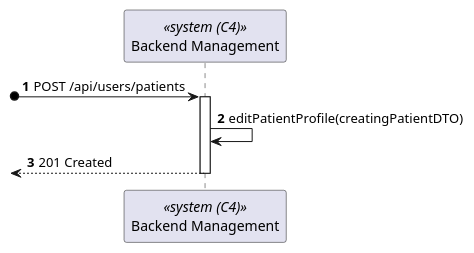
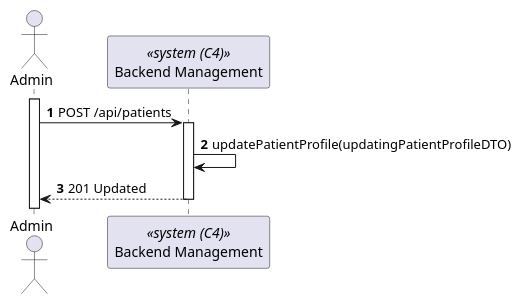
One commit to Lapr5G21/sem5pi-24-25-3ddg21 changed the diagram in docs/PatientProfileUpdate/views/level2/process-view.puml. Above: the diagram before and after it, drawn with PlantUML. The commit also changed 16 other files, not shown here.

Commit message:
Documentation Patient Profile Editing #10

```diff
--- a/docs/PatientProfileUpdate/views/level2/process-view.puml
+++ b/docs/PatientProfileUpdate/views/level2/process-view.puml
@@ -1,14 +1,16 @@
 @startuml Patient Profile Update (level 2)
 
 autonumber
+actor Admin as "Admin"
 participant SYS as "Backend Management" <<system (C4)>>
 
-?o-> SYS : POST /api/users/patients
+activate Admin
+Admin -> SYS : POST /api/patients
 activate SYS
 
-SYS -> SYS : editPatientProfile(creatingPatientDTO)
-<-- SYS : 201 Created
+SYS -> SYS : updatePatientProfile(updatingPatientProfileDTO)
+SYS --> Admin : 201 Updated
 deactivate SYS
 
 
 @enduml
```
